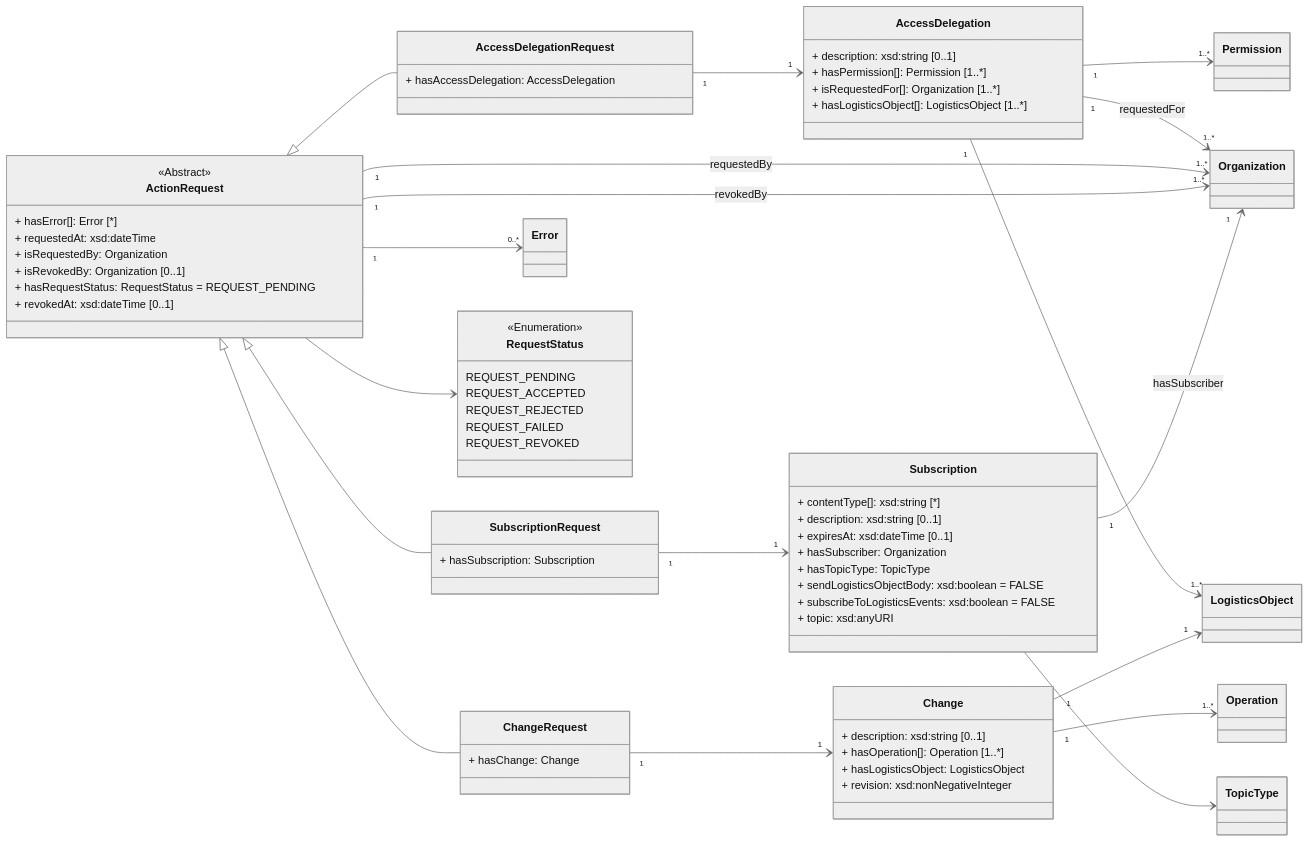
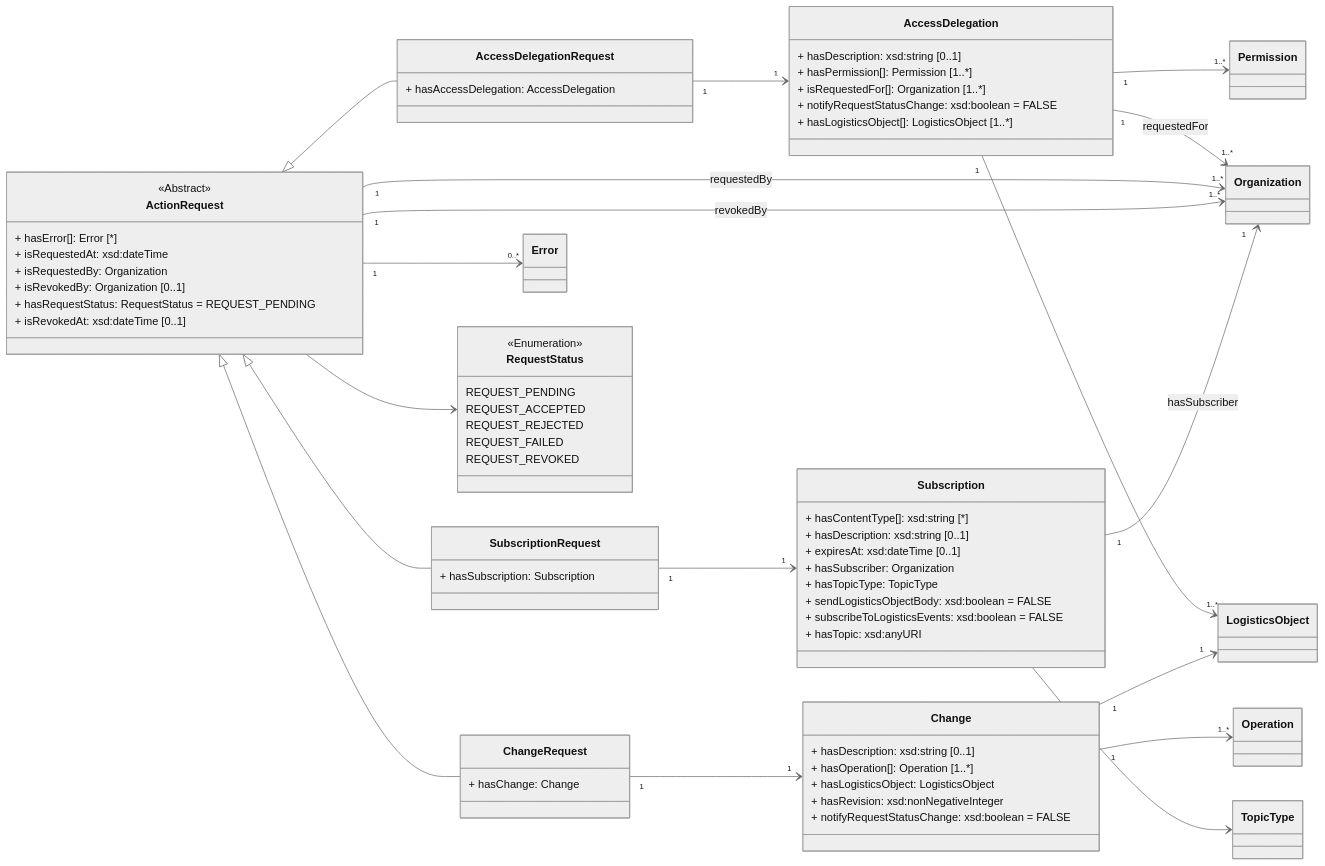
The second of 2 diagrams in working_draft/API/docs/action-requests.md (IATA-Cargo/ONE-Record), drawn with Mermaid (neutral theme) before and after one commit. The commit also changed other lines of this file and 54 other files, not shown here.

```diff
--- a/working_draft/API/docs/action-requests.md
+++ b/working_draft/API/docs/action-requests.md
@@ -23,9 +56,10 @@
     }  
 
     class AccessDelegation{
-        + description: xsd:string [0..1]
+        + hasDescription: xsd:string [0..1]
         + hasPermission[]: Permission [1..*]                
         + isRequestedFor[]: Organization [1..*]
+        + notifyRequestStatusChange: xsd:boolean = FALSE
         + hasLogisticsObject[]: LogisticsObject [1..*]        
     }
 
@@ -36,11 +70,11 @@
     class ActionRequest {
         <<Abstract>>         
         + hasError[]: Error [*]
-        + requestedAt: xsd:dateTime         
+        + isRequestedAt: xsd:dateTime         
         + isRequestedBy: Organization            
         + isRevokedBy: Organization [0..1]
         + hasRequestStatus: RequestStatus = REQUEST_PENDING
-        + revokedAt: xsd:dateTime [0..1]                 
+        + isRevokedAt: xsd:dateTime [0..1]                 
     }
     ActionRequest <|-- AccessDelegationRequest
     ActionRequest <|-- ChangeRequest
@@ -67,23 +101,24 @@
     SubscriptionRequest "1" --> "1" Subscription
 
     class Change{    
-        + description: xsd:string [0..1]    
+        + hasDescription: xsd:string [0..1]    
         + hasOperation[]: Operation [1..*]        
         + hasLogisticsObject: LogisticsObject
-        + revision: xsd:nonNegativeInteger        
+        + hasRevision: xsd:nonNegativeInteger        
+        + notifyRequestStatusChange: xsd:boolean = FALSE
     }
     Change "1" --> "1" LogisticsObject
     Change "1" --> "1..*" Operation
 
     class Subscription{        
-        + contentType[]: xsd:string [*]
-        + description: xsd:string [0..1]
+        + hasContentType[]: xsd:string [*]
+        + hasDescription: xsd:string [0..1]
         + expiresAt: xsd:dateTime [0..1]                                
         + hasSubscriber: Organization        
         + hasTopicType: TopicType        
         + sendLogisticsObjectBody: xsd:boolean = FALSE        
         + subscribeToLogisticsEvents: xsd:boolean = FALSE
-        + topic: xsd:anyURI        
+        + hasTopic: xsd:anyURI        
     }    
     Subscription "1" --> "1" Organization: hasSubscriber
     Subscription --> TopicType
```
